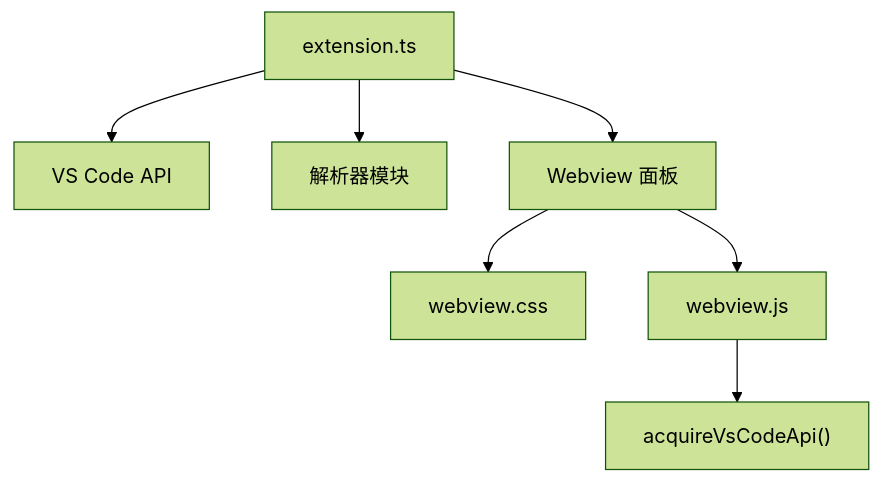
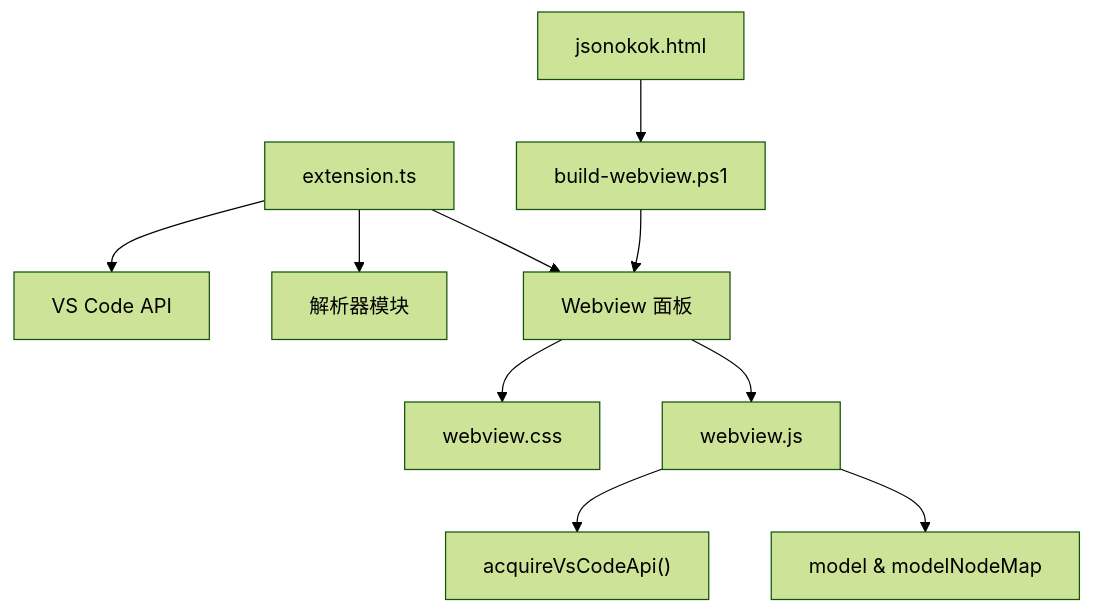
Before and after one commit to meiok1/wysjson: the ninth of 9 diagrams in .qoder/repowiki/zh/content/核心架构设计/Webview 集成架构.md, drawn with Mermaid (forest theme). The commit also changed other lines of this file and 45 other files, not shown here.

````diff
--- a/.qoder/repowiki/zh/content/核心架构设计/Webview 集成架构.md
+++ b/.qoder/repowiki/zh/content/核心架构设计/Webview 集成架构.md
@@ -277,9 +341,12 @@
 ```mermaid
 graph TB
 EXT["extension.ts"] --> API["VS Code API"]
 EXT --> Parser["解析器模块"]
 EXT --> WV["Webview 面板"]
 WV --> CSS["webview.css"]
 WV --> JS["webview.js"]
 JS --> VSAPI["acquireVsCodeApi()"]
+JS --> State["model & modelNodeMap"]
+BUILD["build-webview.ps1"] --> WV
+HTML["jsonokok.html"] --> BUILD
 ```
````
